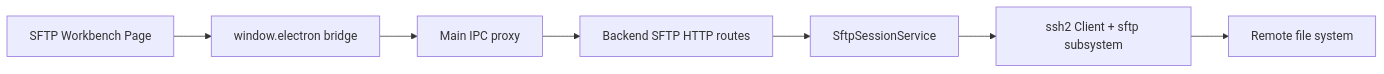
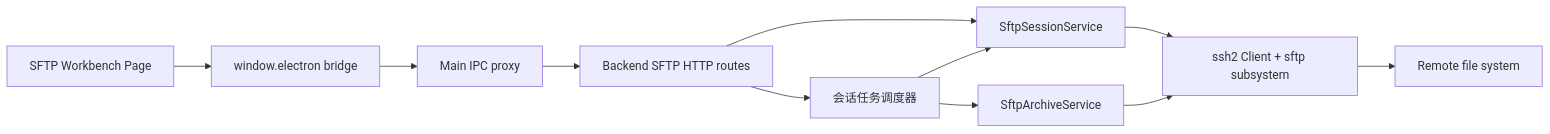
Before and after one commit to XYZ1024-alt/Cosmosh: the first of 2 diagrams in docs/zh-CN/developer/runtime/sftp-file-system.md, drawn with Mermaid. The commit also changed other lines of this file and 19 other files, not shown here.

````diff
--- a/docs/zh-CN/developer/runtime/sftp-file-system.md
+++ b/docs/zh-CN/developer/runtime/sftp-file-system.md
@@ -33,9 +33,13 @@
 ```mermaid
 flowchart LR
   UI[SFTP Workbench Page] --> BRIDGE[window.electron bridge]
   BRIDGE --> MAIN[Main IPC proxy]
   MAIN --> ROUTE[Backend SFTP HTTP routes]
+  ROUTE --> SCHEDULER[会话任务调度器]
   ROUTE --> SERVICE[SftpSessionService]
+  SCHEDULER --> SERVICE
+  SCHEDULER --> ARCHIVE[SftpArchiveService]
   SERVICE --> SSH2[ssh2 Client + sftp subsystem]
+  ARCHIVE --> SSH2
   SSH2 --> REMOTE[Remote file system]
 ```
````
